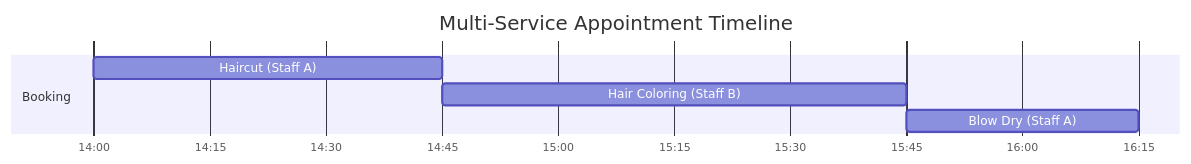
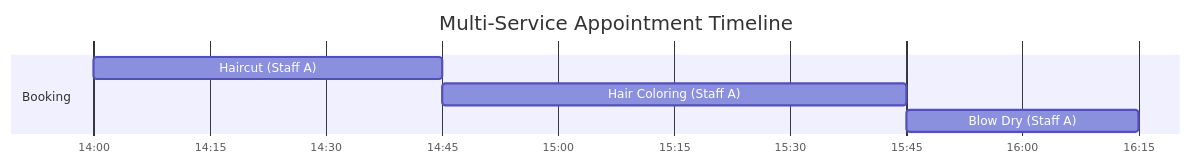
Before and after one commit to UnderprotectionDev/salon-management-saas: the second of 6 diagrams in docs/prd/features.md, drawn with Mermaid. The commit also changed other lines of this file and 64 other files, not shown here.

````diff
--- a/docs/prd/features.md
+++ b/docs/prd/features.md
@@ -372,10 +384,10 @@
 ```mermaid
 gantt
     title Multi-Service Appointment Timeline
     dateFormat HH:mm
     axisFormat %H:%M
     section Booking
     Haircut (Staff A)     :a1, 14:00, 45m
-    Hair Coloring (Staff B) :a2, after a1, 60m
+    Hair Coloring (Staff A) :a2, after a1, 60m
     Blow Dry (Staff A)    :a3, after a2, 30m
 ```
````
